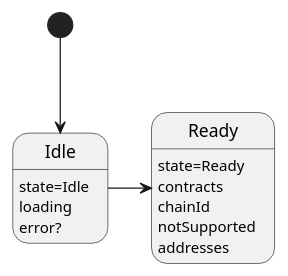
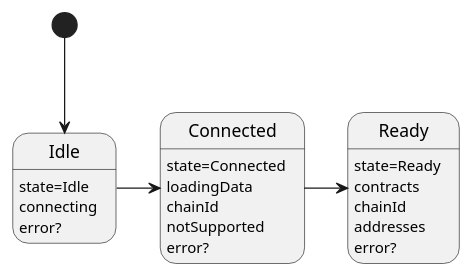
One commit to wighawag/web3w changed the diagram in documentation/diagrams/chain.wsd. Above: the diagram before and after it, drawn with PlantUML. The commit also changed 8 other files, not shown here.

```diff
--- a/documentation/diagrams/chain.wsd
+++ b/documentation/diagrams/chain.wsd
@@ -1,15 +1,22 @@
 @startuml
 Idle: state=Idle
-Idle: loading
+Idle: connecting
 Idle: error?
+
+Connected: state=Connected
+Connected: loadingData
+Connected: chainId
+Connected: notSupported
+Connected: error?
 
 Ready: state=Ready
 Ready: contracts
 Ready: chainId
-Ready: notSupported
 Ready: addresses
+Ready: error?
 
 
 [*] --> Idle
-Idle -> Ready
+Idle -> Connected
+Connected -> Ready
 @enduml
```
